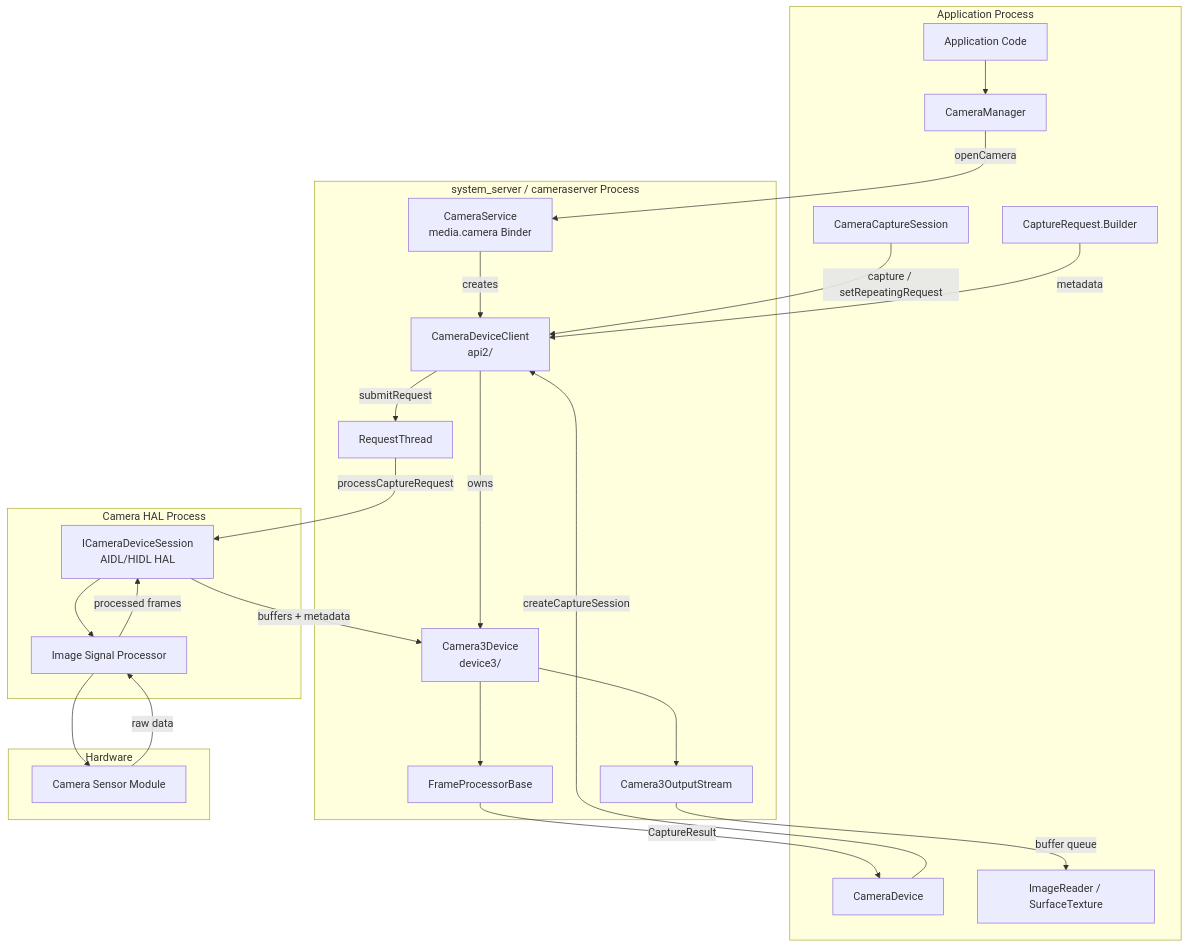
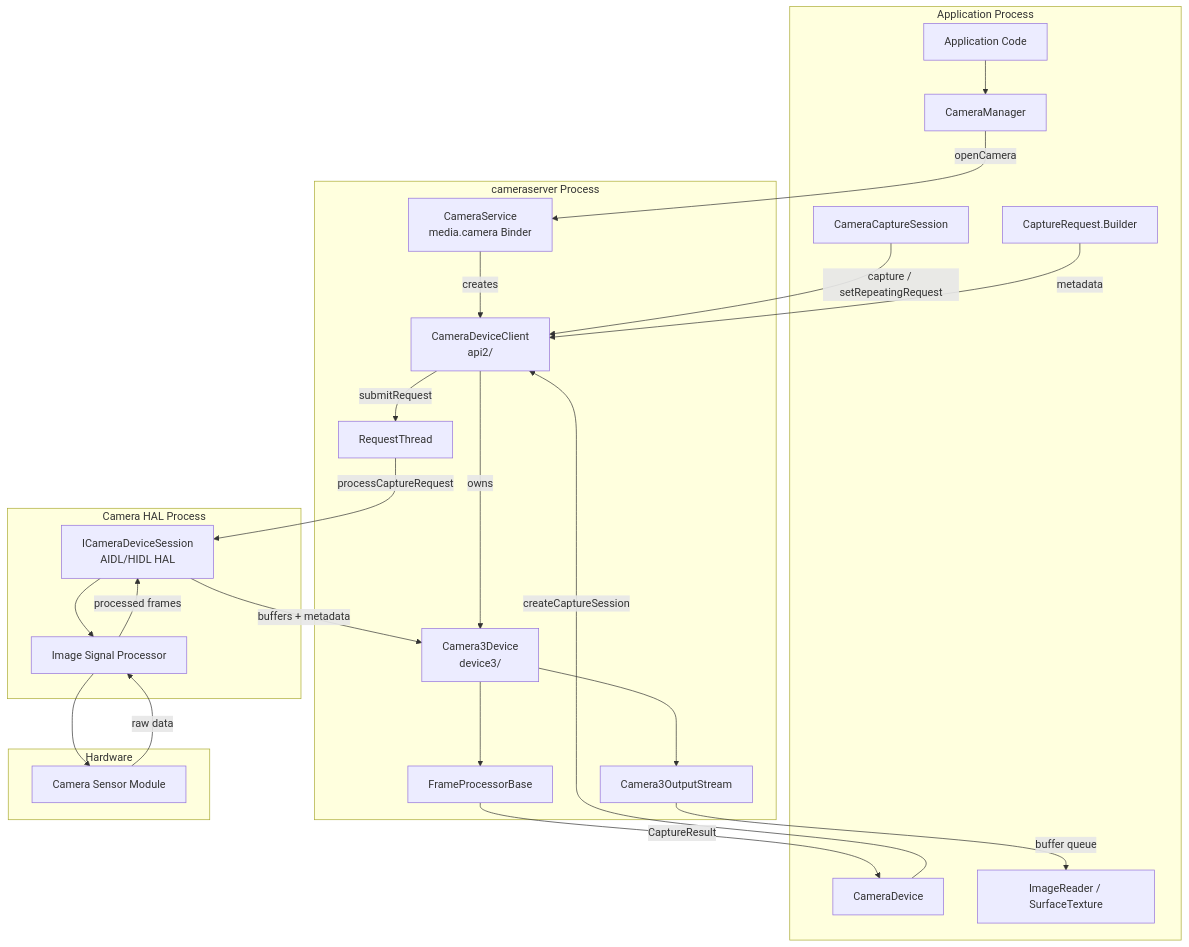
One commit to aospbooks/aosp-internal-book changed the first of 25 diagrams in agents/claude/skills/aosp-device-support/64-camera2-pipeline.md. Above: the diagram before and after it, drawn with Mermaid. The commit also changed other lines of this file and 218 other files, not shown here.

````diff
--- a/agents/claude/skills/aosp-device-support/64-camera2-pipeline.md
+++ b/agents/claude/skills/aosp-device-support/64-camera2-pipeline.md
@@ -41,48 +41,48 @@
 ```mermaid
 graph TD
     subgraph "Application Process"
         APP[Application Code]
         CM[CameraManager]
         CD[CameraDevice]
         CCS[CameraCaptureSession]
         CR[CaptureRequest.Builder]
         IR[ImageReader / SurfaceTexture]
     end
 
-    subgraph "system_server / cameraserver Process"
+    subgraph "cameraserver Process"
         CS["CameraService<br/>media.camera Binder"]
         CDC["CameraDeviceClient<br/>api2/"]
         C3D["Camera3Device<br/>device3/"]
         C3OS[Camera3OutputStream]
         RT[RequestThread]
         FP[FrameProcessorBase]
     end
 
     subgraph "Camera HAL Process"
         HAL["ICameraDeviceSession<br/>AIDL/HIDL HAL"]
         ISP[Image Signal Processor]
     end
 
     subgraph "Hardware"
         SENSOR[Camera Sensor Module]
     end
 
     APP --> CM
     CM -->|openCamera| CS
     CS -->|creates| CDC
     CDC -->|owns| C3D
     CD -->|createCaptureSession| CDC
     CCS -->|capture / setRepeatingRequest| CDC
     CR -->|metadata| CDC
     CDC -->|submitRequest| RT
     RT -->|processCaptureRequest| HAL
     HAL --> ISP
     ISP --> SENSOR
     SENSOR -->|raw data| ISP
     ISP -->|processed frames| HAL
     HAL -->|buffers + metadata| C3D
     C3D --> C3OS
     C3OS -->|buffer queue| IR
     C3D --> FP
     FP -->|CaptureResult| CD
 ```
````
